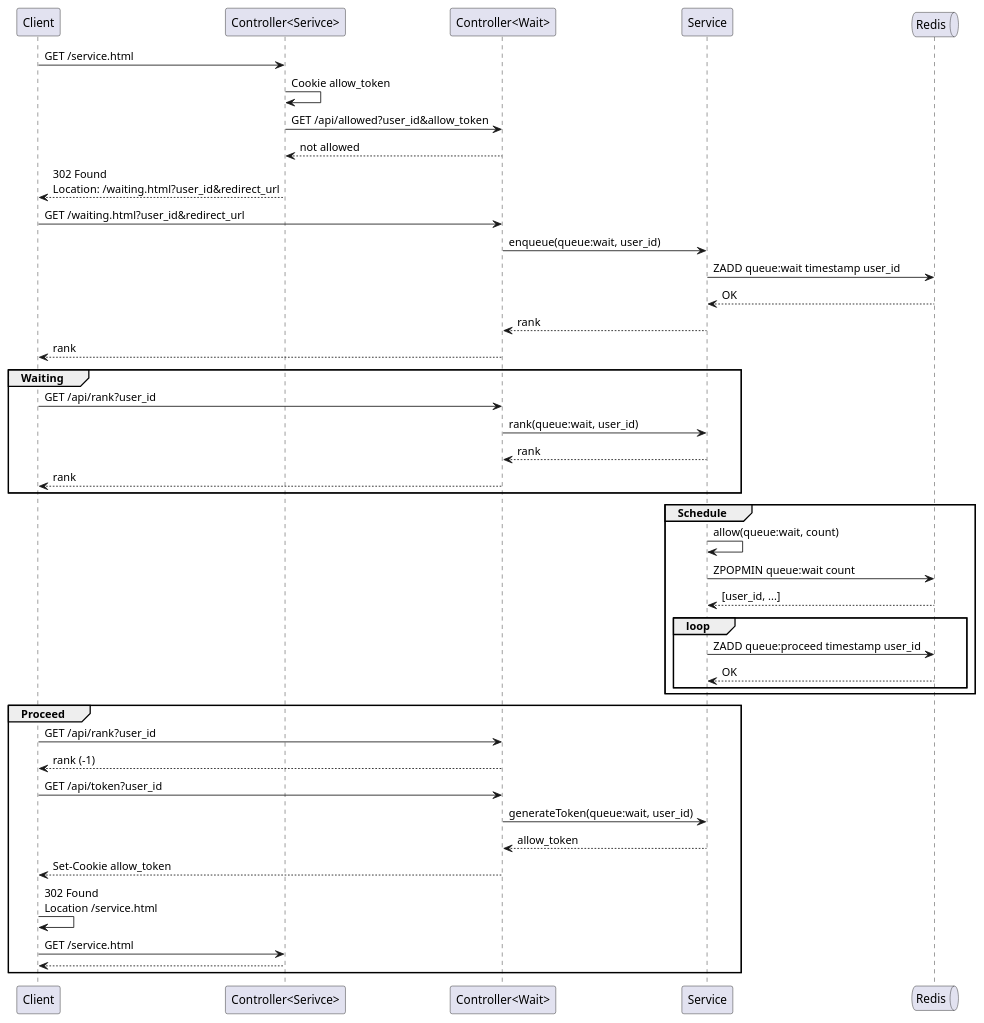
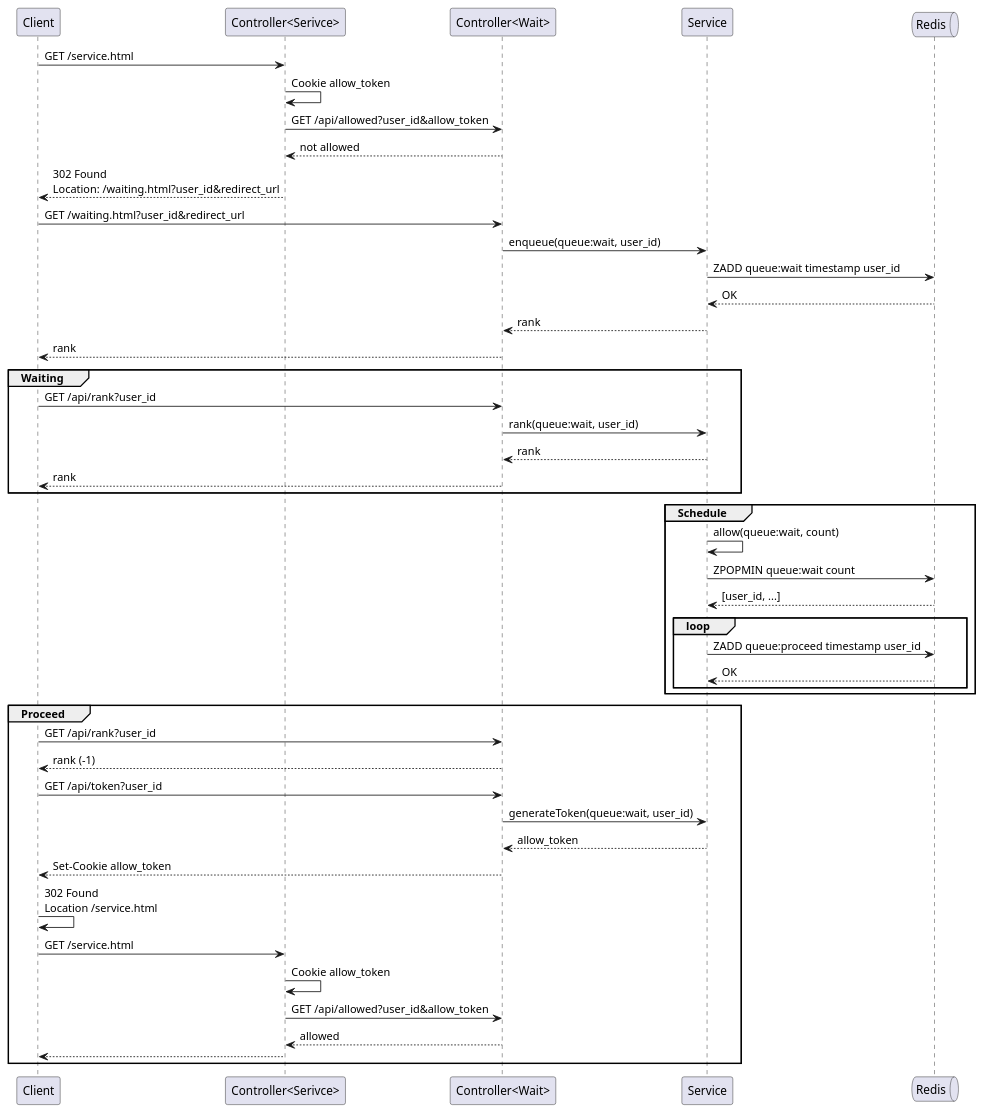
The diagram in _diary/2024-06-08.md (yanghoon/obsidian-workspace), drawn with PlantUML before and after one commit. The commit also changed other lines of this file, not shown here.

````diff
--- a/_diary/2024-06-08.md
+++ b/_diary/2024-06-08.md
@@ -11,55 +11,58 @@
 ```plantuml
 @startuml
 
 participant Client
 participant "Controller<Serivce>" as ServiceController
 participant "Controller<Wait>" as Controller
 participant Service
 queue Redis
 
 Client -> ServiceController: GET /service.html
   ServiceController -> ServiceController: Cookie allow_token
   ServiceController -> Controller: GET /api/allowed?user_id&allow_token
   ServiceController <-- Controller: not allowed
 Client <-- ServiceController: 302 Found\nLocation: /waiting.html?user_id&redirect_url
 
 Client -> Controller: GET /waiting.html?user_id&redirect_url
   Controller -> Service: enqueue(queue:wait, user_id)
     Service -> Redis: ZADD queue:wait timestamp user_id
     Service <-- Redis: OK
   Controller <-- Service: rank
 Client <-- Controller: rank
 
 group Waiting
   Client -> Controller: GET /api/rank?user_id
     Controller -> Service: rank(queue:wait, user_id)
     Controller <-- Service: rank
   Client <-- Controller: rank
 end
 
 group Schedule
   Service -> Service: allow(queue:wait, count)
   Service -> Redis: ZPOPMIN queue:wait count
   Service <-- Redis: [user_id, ...]
   loop
     Service -> Redis: ZADD queue:proceed timestamp user_id
     Service <-- Redis: OK
   end
 end
 
 group Proceed
   Client -> Controller: GET /api/rank?user_id
   Client <-- Controller: rank (-1)
 
   Client -> Controller: GET /api/token?user_id
     Controller -> Service: generateToken(queue:wait, user_id)
     Controller <-- Service: allow_token
   Client <-- Controller: Set-Cookie allow_token
 
   Client -> Client: 302 Found\nLocation /service.html
   Client -> ServiceController: GET /service.html
+    ServiceController -> ServiceController: Cookie allow_token
+    ServiceController -> Controller: GET /api/allowed?user_id&allow_token
+    ServiceController <-- Controller: allowed
   Client <-- ServiceController
 end
 
 @enduml
 ```
````
